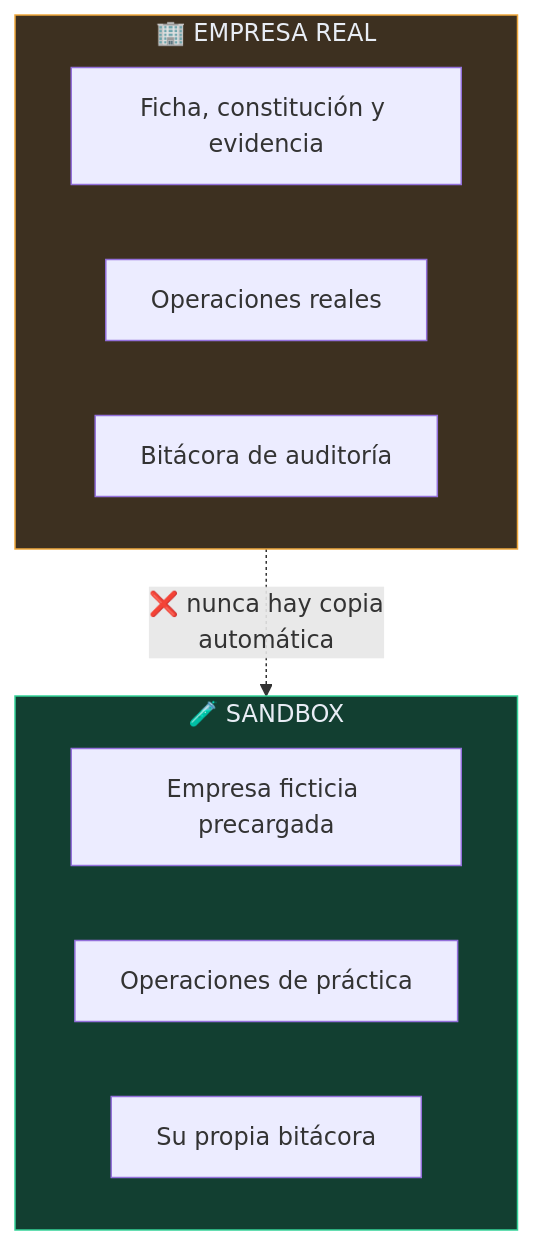
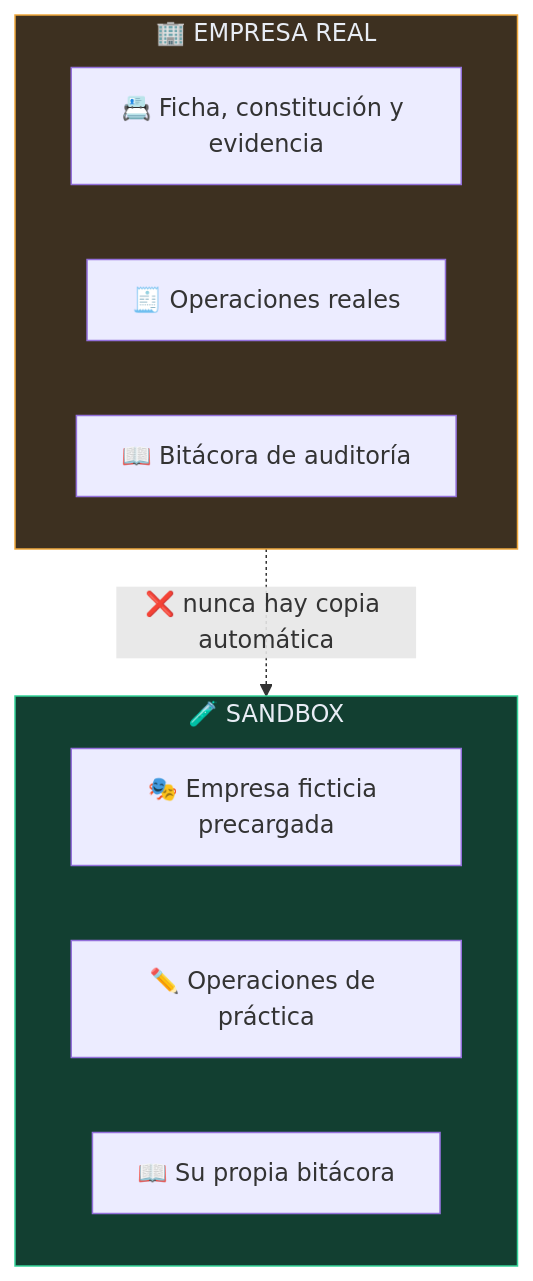
One commit to vladimiracunadev-create/empresa-operativa-chile changed the first of 4 diagrams in README.md. Above: the diagram before and after it, drawn with Mermaid. The commit also changed other lines of this file and 46 other files, not shown here.

````diff
--- a/README.md
+++ b/README.md
@@ -109,17 +171,17 @@
 ```mermaid
 flowchart TB
     subgraph REAL["🏢 EMPRESA REAL"]
-        R1[Ficha, constitución y evidencia]
-        R2[Operaciones reales]
-        R3[Bitácora de auditoría]
+        R1["📇 Ficha, constitución y evidencia"]
+        R2["🧾 Operaciones reales"]
+        R3["📖 Bitácora de auditoría"]
     end
     subgraph SB["🧪 SANDBOX"]
-        S1[Empresa ficticia precargada]
-        S2[Operaciones de práctica]
-        S3[Su propia bitácora]
+        S1["🎭 Empresa ficticia precargada"]
+        S2["✏️ Operaciones de práctica"]
+        S3["📖 Su propia bitácora"]
     end
-    REAL -.->|"❌ nunca hay copia<br/>automática"| SB
+    REAL -.->|"❌ nunca hay copia automática"| SB
 
     style REAL fill:#3d3020,stroke:#f0a83c,color:#e8edf5
     style SB fill:#123f31,stroke:#34d399,color:#e8edf5
 ```
````
